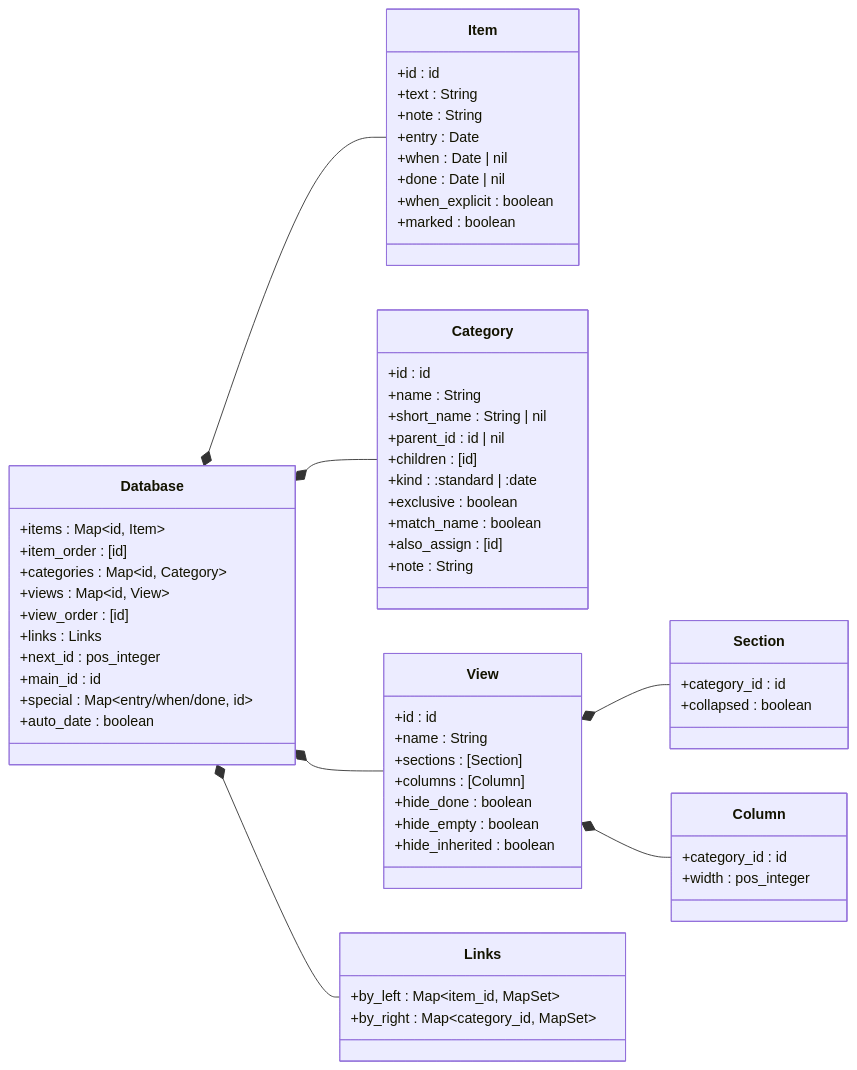
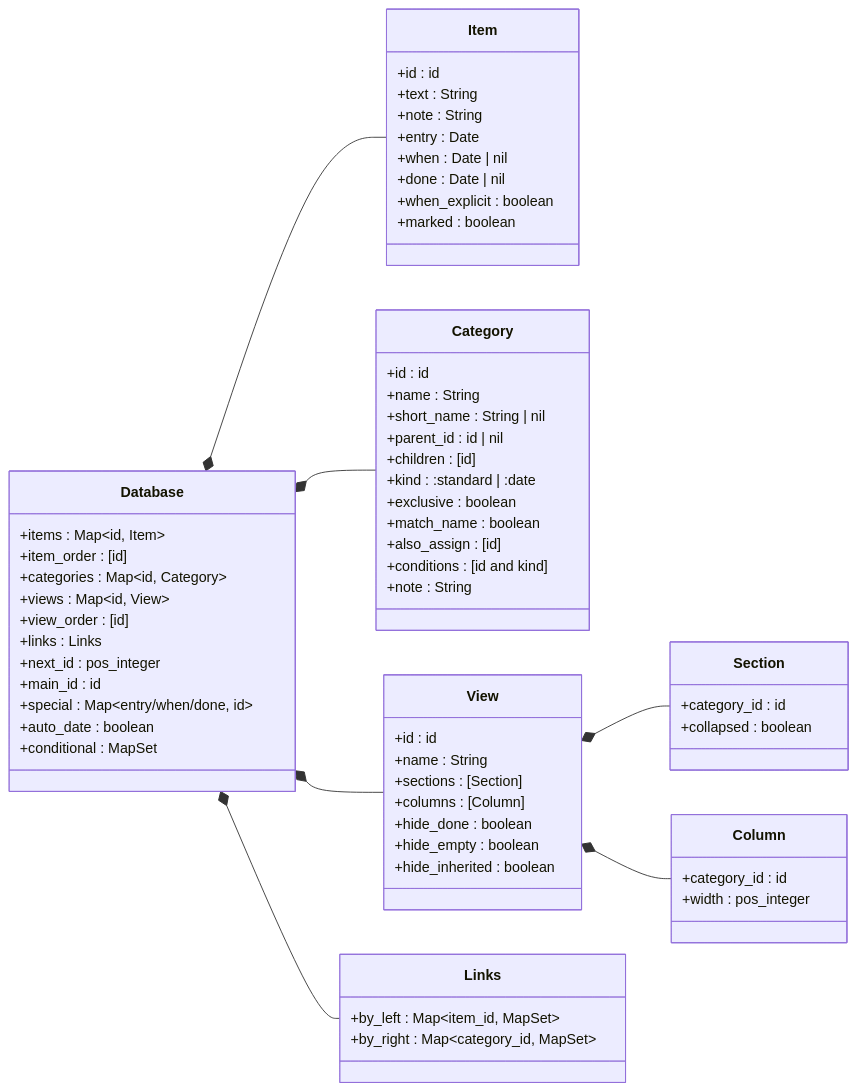
Before and after one commit to jamting/agendum: the second of 6 diagrams in docs/DATA_MODEL.md, drawn with Mermaid. The commit also changed other lines of this file and 13 other files, not shown here.

````diff
--- a/docs/DATA_MODEL.md
+++ b/docs/DATA_MODEL.md
@@ -83,65 +85,67 @@
 ```mermaid
 classDiagram
     direction LR
     class Database {
         +items : Map~id, Item~
         +item_order : [id]
         +categories : Map~id, Category~
         +views : Map~id, View~
         +view_order : [id]
         +links : Links
         +next_id : pos_integer
         +main_id : id
         +special : Map~entry/when/done, id~
         +auto_date : boolean
+        +conditional : MapSet
     }
     class Item {
         +id : id
         +text : String
         +note : String
         +entry : Date
         +when : Date | nil
         +done : Date | nil
         +when_explicit : boolean
         +marked : boolean
     }
     class Category {
         +id : id
         +name : String
         +short_name : String | nil
         +parent_id : id | nil
         +children : [id]
         +kind : :standard | :date
         +exclusive : boolean
         +match_name : boolean
         +also_assign : [id]
+        +conditions : [id and kind]
         +note : String
     }
     class View {
         +id : id
         +name : String
         +sections : [Section]
         +columns : [Column]
         +hide_done : boolean
         +hide_empty : boolean
         +hide_inherited : boolean
     }
     class Section {
         +category_id : id
         +collapsed : boolean
     }
     class Column {
         +category_id : id
         +width : pos_integer
     }
     class Links {
         +by_left : Map~item_id, MapSet~
         +by_right : Map~category_id, MapSet~
     }
     Database *-- Item
     Database *-- Category
     Database *-- View
     Database *-- Links
     View *-- Section
     View *-- Column
 ```
````
